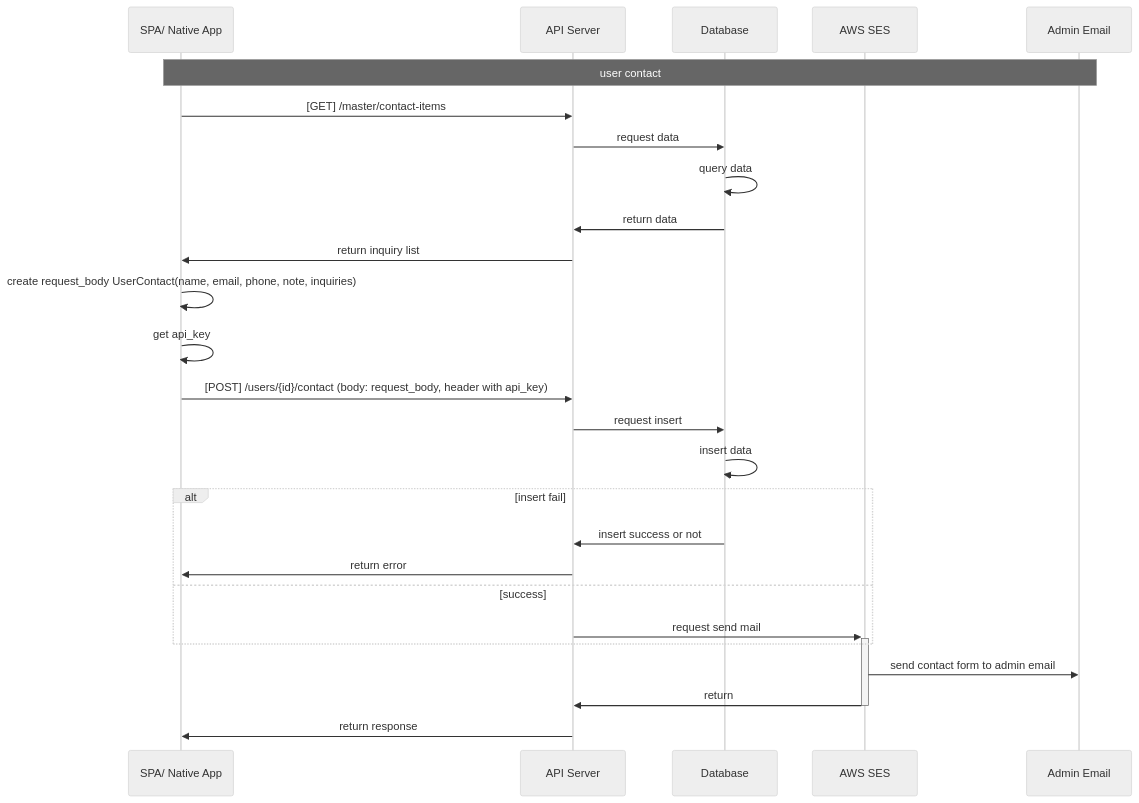
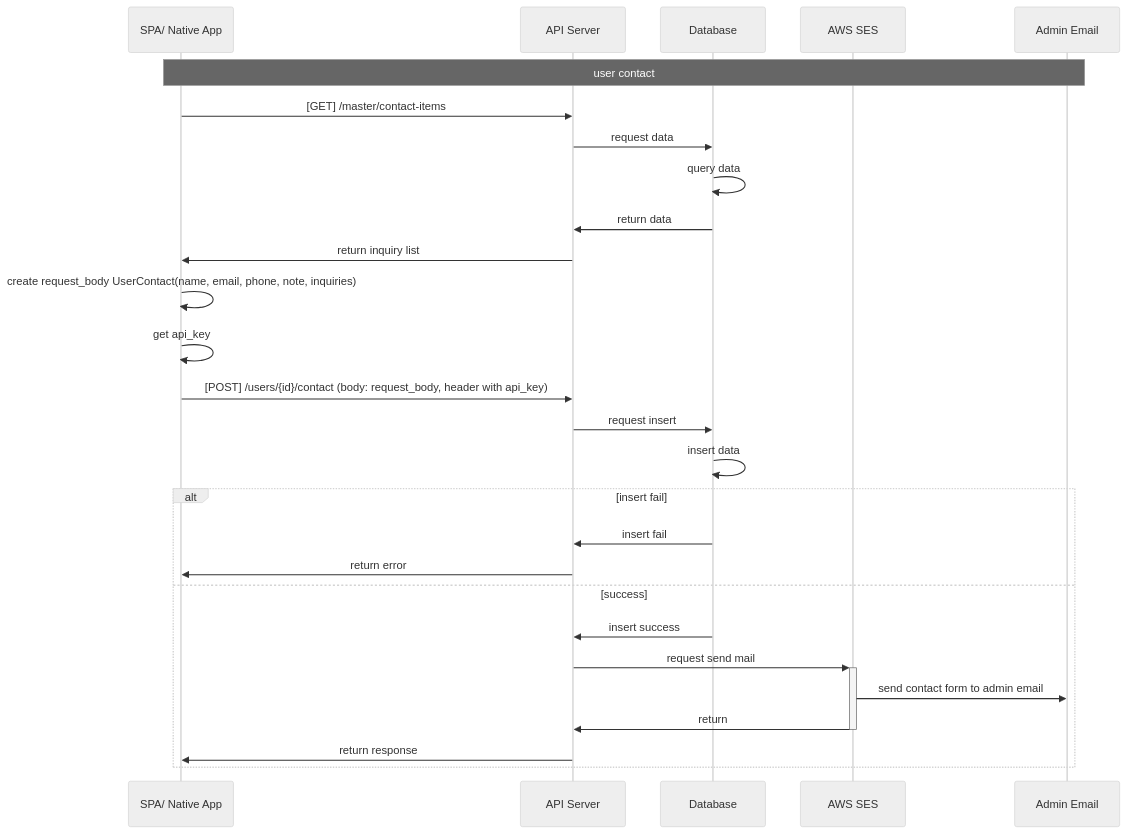
The diagram in user_contact.md (tunglampd/cicd_test), drawn with Mermaid (neutral theme) before and after one commit.

````diff
--- a/user_contact.md
+++ b/user_contact.md
@@ -1,32 +1,32 @@
 ```mermaid
 sequenceDiagram    
     participant Webapp as SPA/ Native App
     participant Server as API Server 
     participant DB as Database
     participant AS as AWS SES
     participant AE as Admin Email
 
     Note over Webapp, AE: user contact
 
     Webapp->>Server: [GET] /master/contact-items
     Server->>DB: request data
     DB->>DB: query data
     DB->>Server: return data
     Server->>Webapp: return inquiry list
 
     Webapp->>Webapp: create request_body UserContact(name, email, phone, note, inquiries)
     Webapp->>Webapp: get api_key
     Webapp->>Server: [POST] /users/{id}/contact (body: request_body, header with api_key)
     Server->>DB: request insert
     DB->>DB: insert data
     alt insert fail
-    DB->> Server: insert success or not
+    DB->> Server: insert fail
     Server->>Webapp: return error
     else success
-
+    DB->> Server: insert success
     Server->>+ AS: request send mail
-    end
     AS->>AE: send contact form to admin email
     AS->>- Server: return 
     Server->> Webapp: return response
+    end
 ```
````
